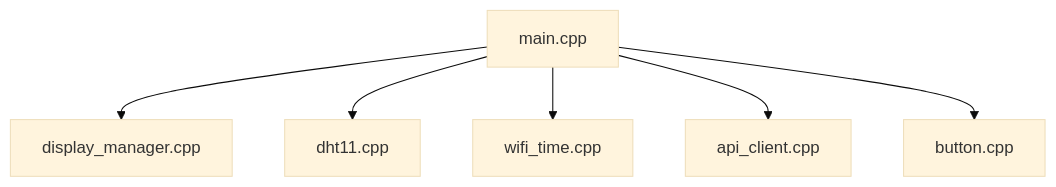
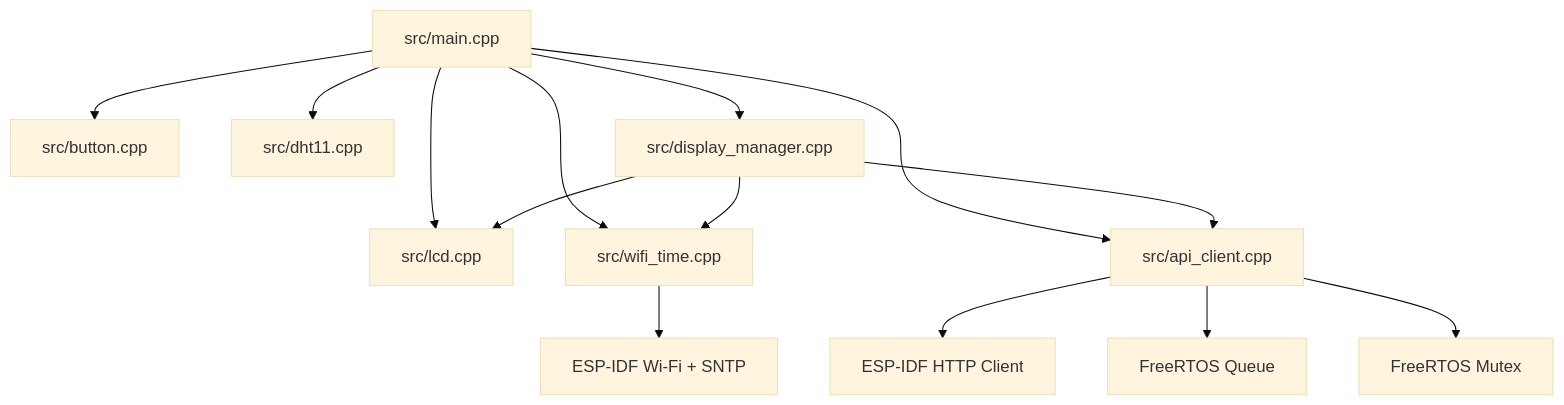
One commit to Dylanlucas01/esp32-temperature-monitoring changed the first of 4 diagrams in docs/firmware-architecture.md. Above: the diagram before and after it, drawn with Mermaid (base theme). The commit also changed other lines of this file and 10 other files, not shown here.

````diff
--- a/docs/firmware-architecture.md
+++ b/docs/firmware-architecture.md
@@ -3,11 +7,18 @@
 ```mermaid
 flowchart TD
+    Main[src/main.cpp] --> LCD[src/lcd.cpp]
+    Main --> WiFiTime[src/wifi_time.cpp]
+    Main --> API[src/api_client.cpp]
+    Main --> Button[src/button.cpp]
+    Main --> DHT11[src/dht11.cpp]
+    Main --> Display[src/display_manager.cpp]
 
-    MAIN[main.cpp]
+    Display --> LCD
+    Display --> API
+    Display --> WiFiTime
 
-    MAIN --> DISPLAY[display_manager.cpp]
-    MAIN --> SENSOR[dht11.cpp]
-    MAIN --> WIFI[wifi_time.cpp]
-    MAIN --> API[api_client.cpp]
-    MAIN --> BUTTON[button.cpp]
+    API --> HTTP[ESP-IDF HTTP Client]
+    API --> Queue[FreeRTOS Queue]
+    API --> Mutex[FreeRTOS Mutex]
+    WiFiTime --> WiFi[ESP-IDF Wi-Fi + SNTP]
 ```
````
